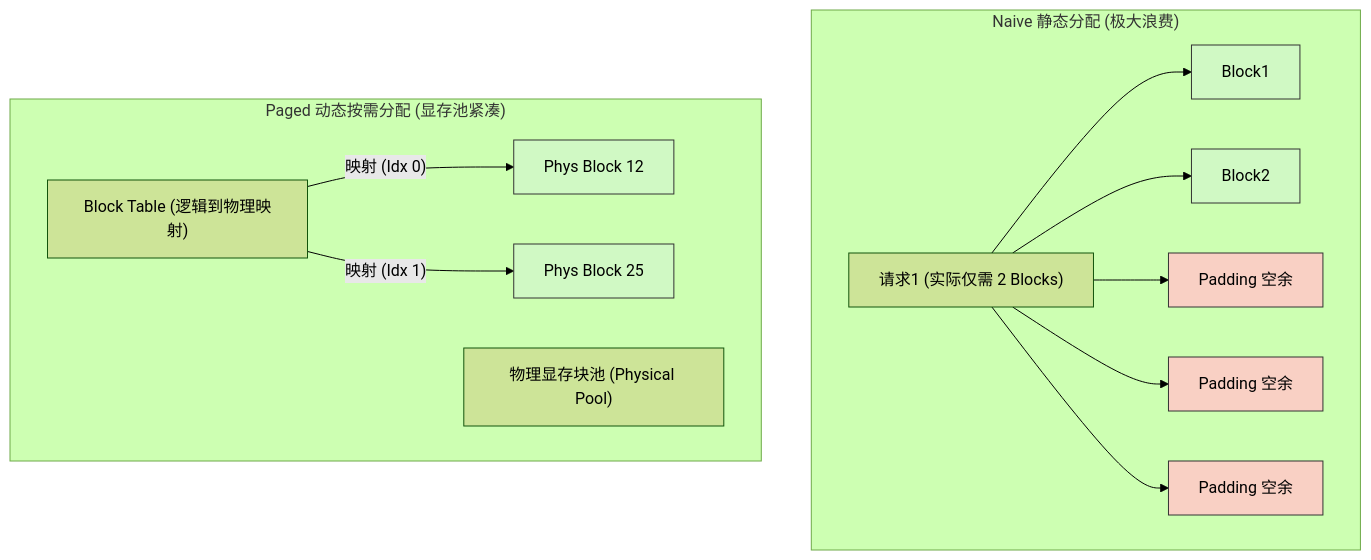
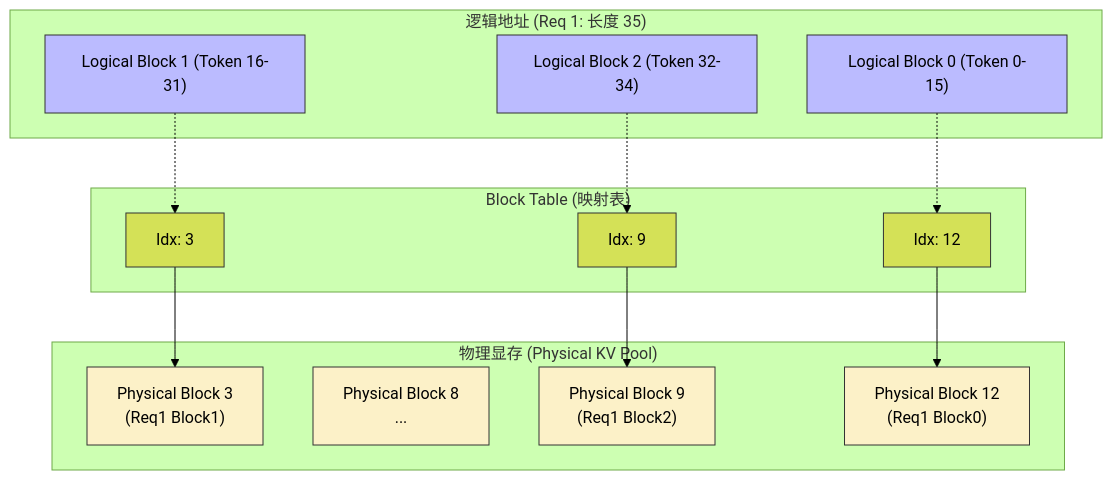
One commit to psmarter/CUDA-Practice changed the first of 2 diagrams in 11_Inference_Optimization/README.md. Above: the diagram before and after it, drawn with Mermaid (forest theme). The commit also changed other lines of this file and 14 other files, not shown here.

````diff
--- a/11_Inference_Optimization/README.md
+++ b/11_Inference_Optimization/README.md
@@ -58,26 +52,29 @@
 ```mermaid
 graph TD
-    subgraph "Naive 静态分配 (极大浪费)"
-        N_Req["请求1 (实际仅需 2 Blocks)"]
-        N_Req --> N_B1[Block1]:::used
-        N_Req --> N_B2[Block2]:::used
-        N_Req --> N_B3[Padding 空余]:::wasted
-        N_Req --> N_B4[Padding 空余]:::wasted
-        N_Req --> N_B5[Padding 空余]:::wasted
+    classDef virtual fill:#bbf,stroke:#333;
+    classDef block_t fill:#d4e157,stroke:#333;
+    classDef physical fill:#fcf1c8,stroke:#333;
+
+    subgraph "逻辑地址 (Req 1: 长度 35)"
+        L0["Logical Block 0 (Token 0-15)"]:::virtual
+        L1["Logical Block 1 (Token 16-31)"]:::virtual
+        L2["Logical Block 2 (Token 32-34)"]:::virtual
     end
 
-    subgraph "Paged 动态按需分配 (显存池紧凑)"
-        direction LR
-        P_TABLE["Block Table (逻辑到物理映射)"]
-        
-        P_POOL["物理显存块池 (Physical Pool)"]
-        
-        P_TABLE --"映射 (Idx 0)"--> Pool_B1[Phys Block 12]:::used
-        P_TABLE --"映射 (Idx 1)"--> Pool_B2[Phys Block 25]:::used
-        
-        %% 无占用的内存块可以在池中自由分配给其他请求
+    subgraph "Block Table (映射表)"
+        T0["Idx: 12"]:::block_t
+        T1["Idx: 3"]:::block_t
+        T2["Idx: 9"]:::block_t
     end
-    
-    classDef used fill:#d0f9c4,stroke:#333;
-    classDef wasted fill:#f9d0c4,stroke:#333;
+
+    subgraph "物理显存 (Physical KV Pool)"
+        P3["Physical Block 3\n(Req1 Block1)"]:::physical
+        P8["Physical Block 8\n..."]:::physical
+        P9["Physical Block 9\n(Req1 Block2)"]:::physical
+        P12["Physical Block 12\n(Req1 Block0)"]:::physical
+    end
+
+    L0 -.-> T0; T0 --> P12
+    L1 -.-> T1; T1 --> P3
+    L2 -.-> T2; T2 --> P9
 ```
````
